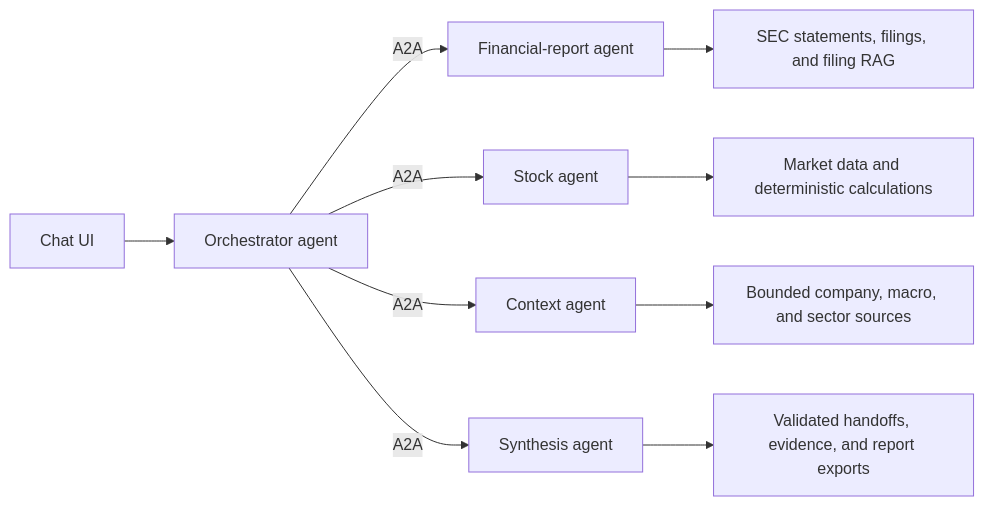
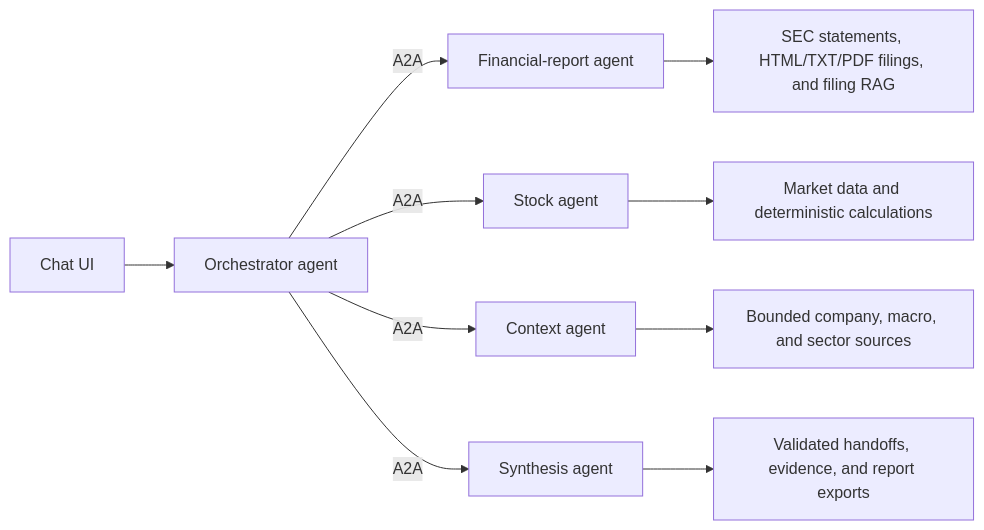
The first of 3 diagrams in docs/architecture.md (Ossi-1337/financial-research-agent), drawn with Mermaid before and after one commit. The commit also changed other lines of this file and 29 other files, not shown here.

First line of the commit message:
Add page-aware native PDF filing extraction

````diff
--- a/docs/architecture.md
+++ b/docs/architecture.md
@@ -9,14 +9,14 @@
 ```mermaid
 flowchart LR
     UI["Chat UI"] --> ORC["Orchestrator agent"]
 
     ORC -->|A2A| FIN["Financial-report agent"]
     ORC -->|A2A| STOCK["Stock agent"]
     ORC -->|A2A| CONTEXT["Context agent"]
     ORC -->|A2A| SYNTH["Synthesis agent"]
 
-    FIN --> FINTOOLS["SEC statements, filings, and filing RAG"]
+    FIN --> FINTOOLS["SEC statements, HTML/TXT/PDF filings, and filing RAG"]
     STOCK --> STOCKTOOLS["Market data and deterministic calculations"]
     CONTEXT --> CONTEXTTOOLS["Bounded company, macro, and sector sources"]
     SYNTH --> EVIDENCE["Validated handoffs, evidence, and report exports"]
 ```
````
